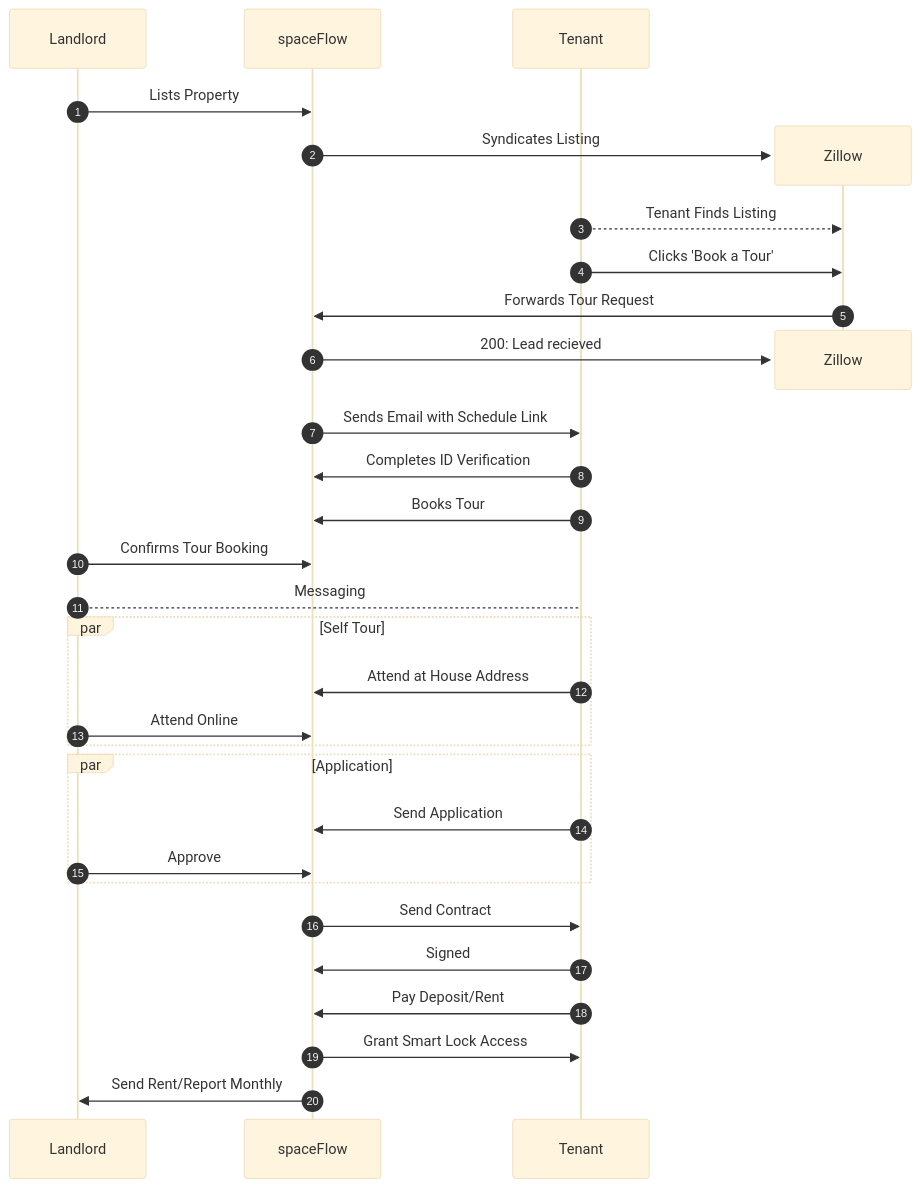
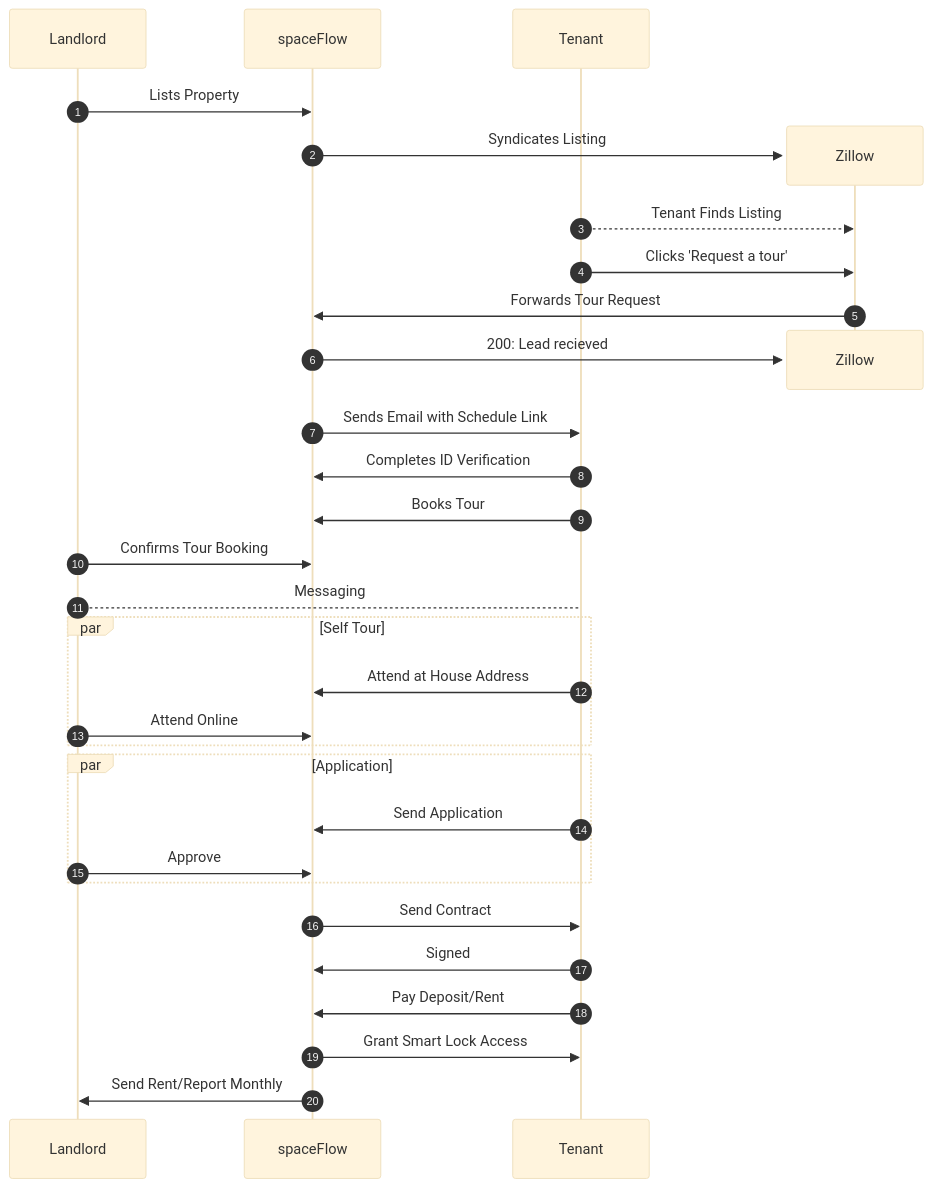
One commit to spaceFlow-US/.github changed the first of 2 diagrams in profile/README.md. Above: the diagram before and after it, drawn with Mermaid (base theme).

````diff
--- a/profile/README.md
+++ b/profile/README.md
@@ -22,35 +22,35 @@
 ```mermaid
 sequenceDiagram
     participant Landlord
     participant spaceFlow
     participant Tenant
 
     autonumber
     Landlord->>spaceFlow: Lists Property
     create participant Zillow
     spaceFlow->>Zillow: Syndicates Listing
     Tenant-->>Zillow: Tenant Finds Listing
-    Tenant->>Zillow: Clicks 'Book a Tour'
+    Tenant->>Zillow: Clicks 'Request a tour'
     Zillow->>spaceFlow: Forwards Tour Request
     destroy Zillow
     spaceFlow->>Zillow:200: Lead recieved
 
     spaceFlow->>Tenant: Sends Email with Schedule Link
     Tenant->>spaceFlow: Completes ID Verification
     Tenant->>spaceFlow: Books Tour
     Landlord->>spaceFlow: Confirms Tour Booking
     Landlord --> Tenant: Messaging
     par Self Tour
         Tenant->>spaceFlow: Attend at House Address
         Landlord->>spaceFlow: Attend Online
     end
     par Application
         Tenant->>spaceFlow: Send Application
         Landlord->>spaceFlow: Approve
     end
     spaceFlow->>Tenant: Send Contract
     Tenant->>spaceFlow: Signed
     Tenant->>spaceFlow: Pay Deposit/Rent
     spaceFlow->>Tenant: Grant Smart Lock Access
     spaceFlow->>Landlord: Send Rent/Report Monthly
 ```
````
